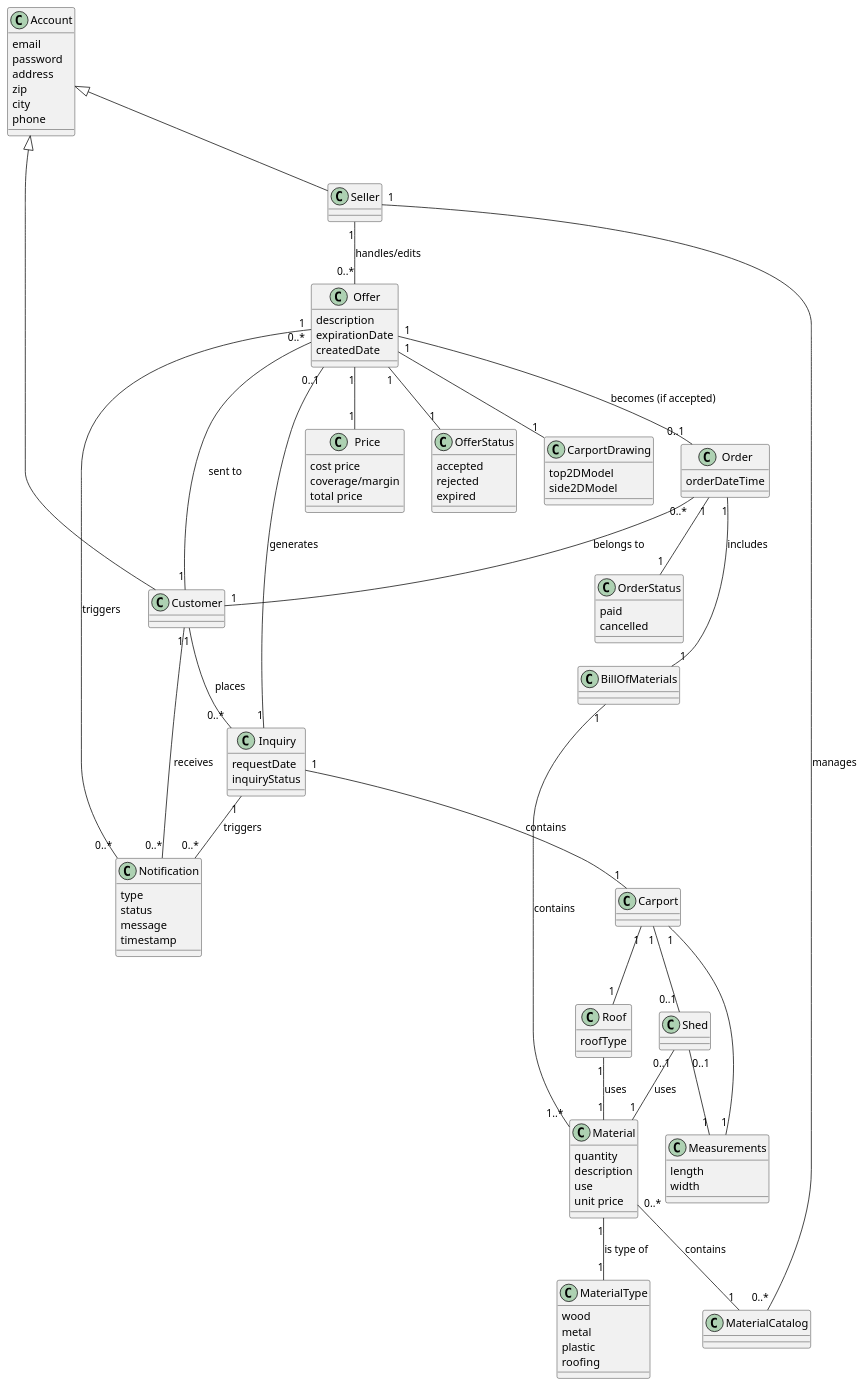
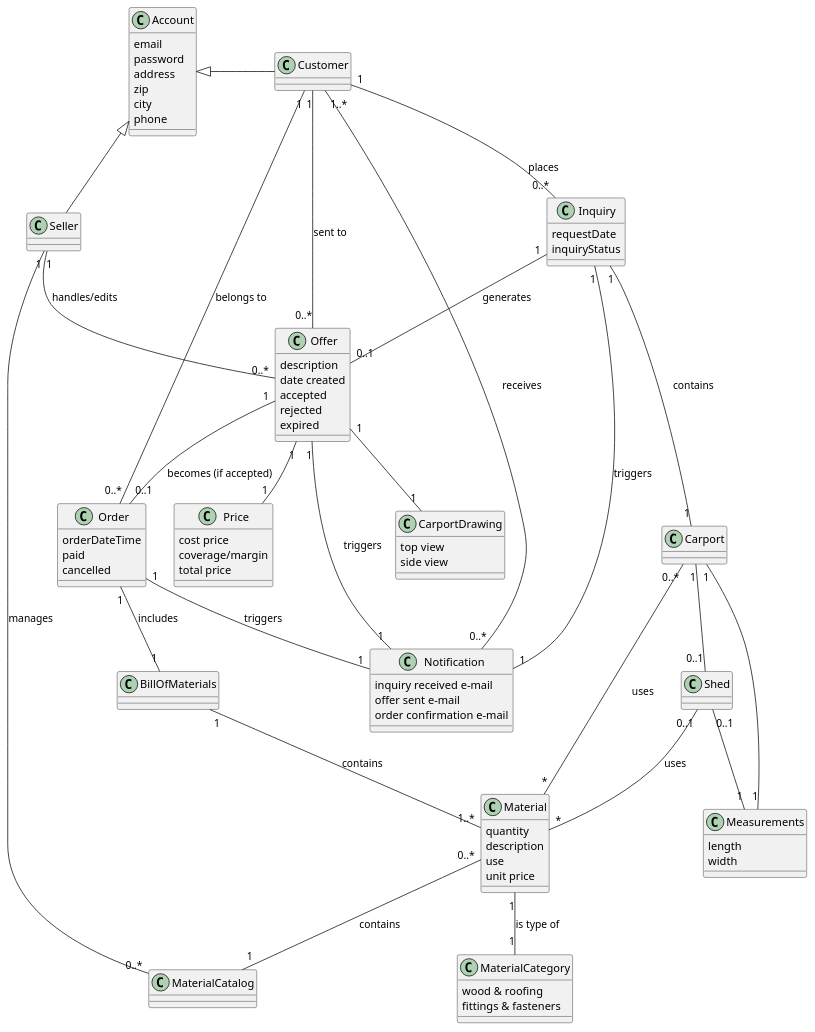
Before and after one commit to DHangaard/fog-carport: the diagram in docs/models/domain-model.puml, drawn with PlantUML.

Commit message:
Updated domain model

```diff
--- a/docs/models/domain-model.puml
+++ b/docs/models/domain-model.puml
@@ -1,150 +1,131 @@
 @startuml
 
 class Account
 {
 email
 password
 address
 zip
 city
 phone
 }
 
 class Customer
 {
 }
 
 class Seller
 {
 }
 
 class Shed
 {
 }
 
 class Price
 {
 cost price
 coverage/margin
 total price
 }
 
-class Roof
-{
-roofType
-}
-
 class Measurements
 {
 length
 width
 }
 
 class BillOfMaterials
 {
 }
 
-class MaterialType
+class MaterialCategory
 {
-wood
-metal
-plastic
-roofing
+wood & roofing
+fittings & fasteners
 }
 
 class Material
 {
 quantity
 description
 use
 unit price
 }
 
 class MaterialCatalog
 {
 }
 
 class Inquiry
 {
 requestDate
 inquiryStatus
 }
 
-class OfferStatus
+class Offer
 {
+description
+date created
 accepted
 rejected
 expired
 }
 
-class OrderStatus
-{
-paid
-cancelled
-}
-
-class Offer
-{
-description
-expirationDate
-createdDate
-}
-
 class Order
 {
 orderDateTime
+paid
+cancelled
 }
 
 class Carport
 {
 }
 
 class CarportDrawing
 {
-top2DModel
-side2DModel
+top view
+side view
 }
 
 class Notification
 {
-type
-status
-message
-timestamp
+inquiry received e-mail
+offer sent e-mail
+order confirmation e-mail
 }
 
-Account <|-- Customer
-Account <|-- Seller
+Account <|- Customer
+Account <|- Seller
 
 Customer "1" -- "0..*" Inquiry : places
 Inquiry "1" -- "1" Carport : contains
 Inquiry "1" -- "0..1" Offer : generates
 Seller "1" -- "0..*" Offer : handles/edits
 Seller "1" -- "0..*" MaterialCatalog : manages
 
-Customer "1" -- "0..*" Notification : receives
-Inquiry "1" -- "0..*" Notification : triggers
-Offer "1" -- "0..*" Notification : triggers
+Customer "1..*" -- "0..*" Notification : receives
+Inquiry "1" -- "1" Notification : triggers
+Offer "1" -- "1" Notification : triggers
+Order "1" -- "1" Notification : triggers
 
 Offer "0..*" -- "1" Customer : sent to
 Offer "1" -- "0..1" Order : becomes (if accepted)
 Offer "1" -- "1" Price
 Offer "1" -- "1" CarportDrawing
-Offer "1" -- "1" OfferStatus
 
 Order "0..*" -- "1" Customer : belongs to
-Order "1" -- "1" OrderStatus
 Order "1" -- "1" BillOfMaterials : includes
 
 Carport "1" -- "1" Measurements
 Carport "1" -- "0..1" Shed
-Carport "1" -- "1" Roof
+Carport "0..*" -- "*" Material : uses
 Shed "0..1" -- "1" Measurements
-Shed "0..1" - "1" Material : uses
-Roof "1" -- "1" Material : uses
-Material "1" -- "1" MaterialType : is type of
+Shed "0..1" -- "*" Material : uses
+Material "1" -- "1" MaterialCategory : is type of
 Material "0..*" -- "1" MaterialCatalog : contains
 
 BillOfMaterials "1" -- "1..*" Material : contains
 
 @enduml
```
